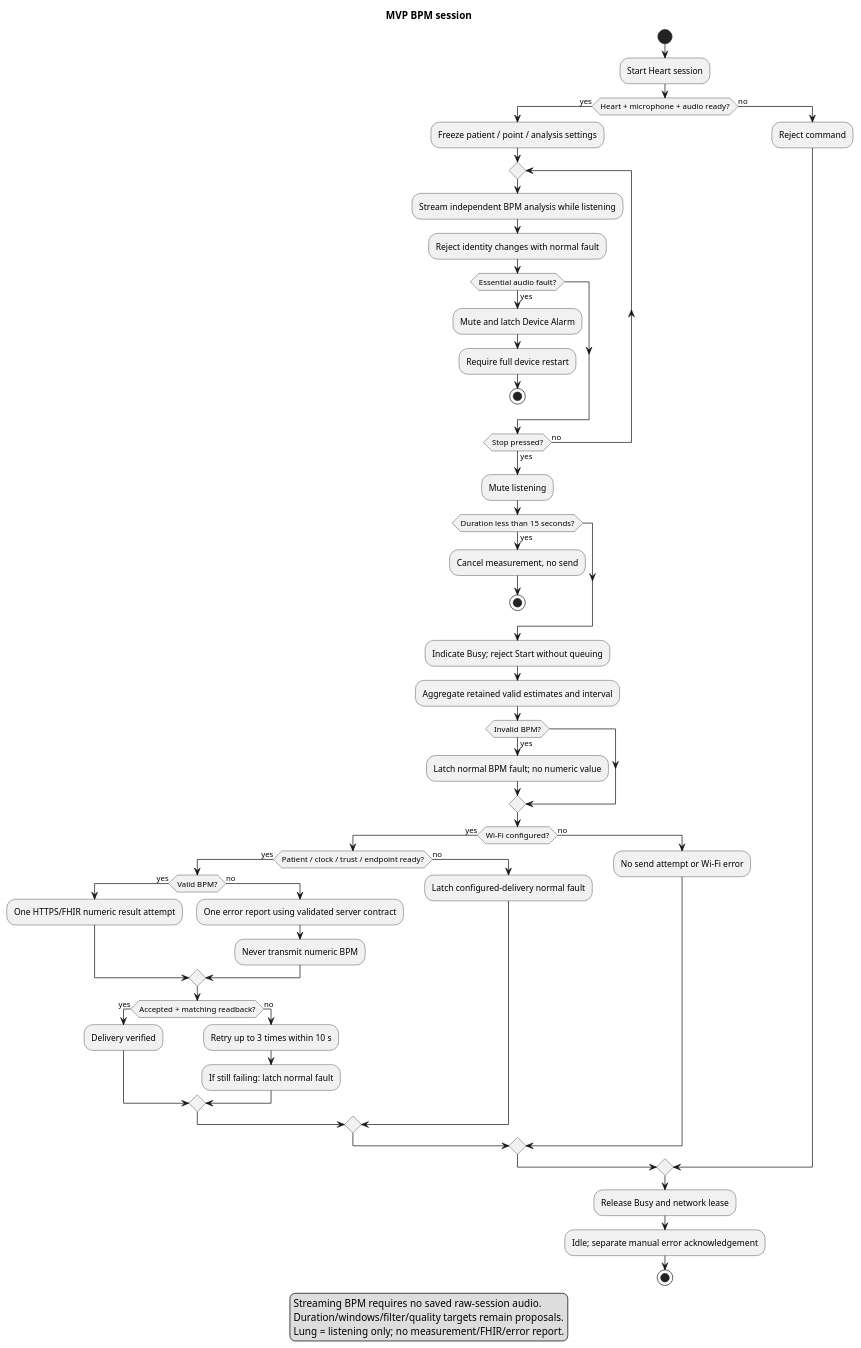
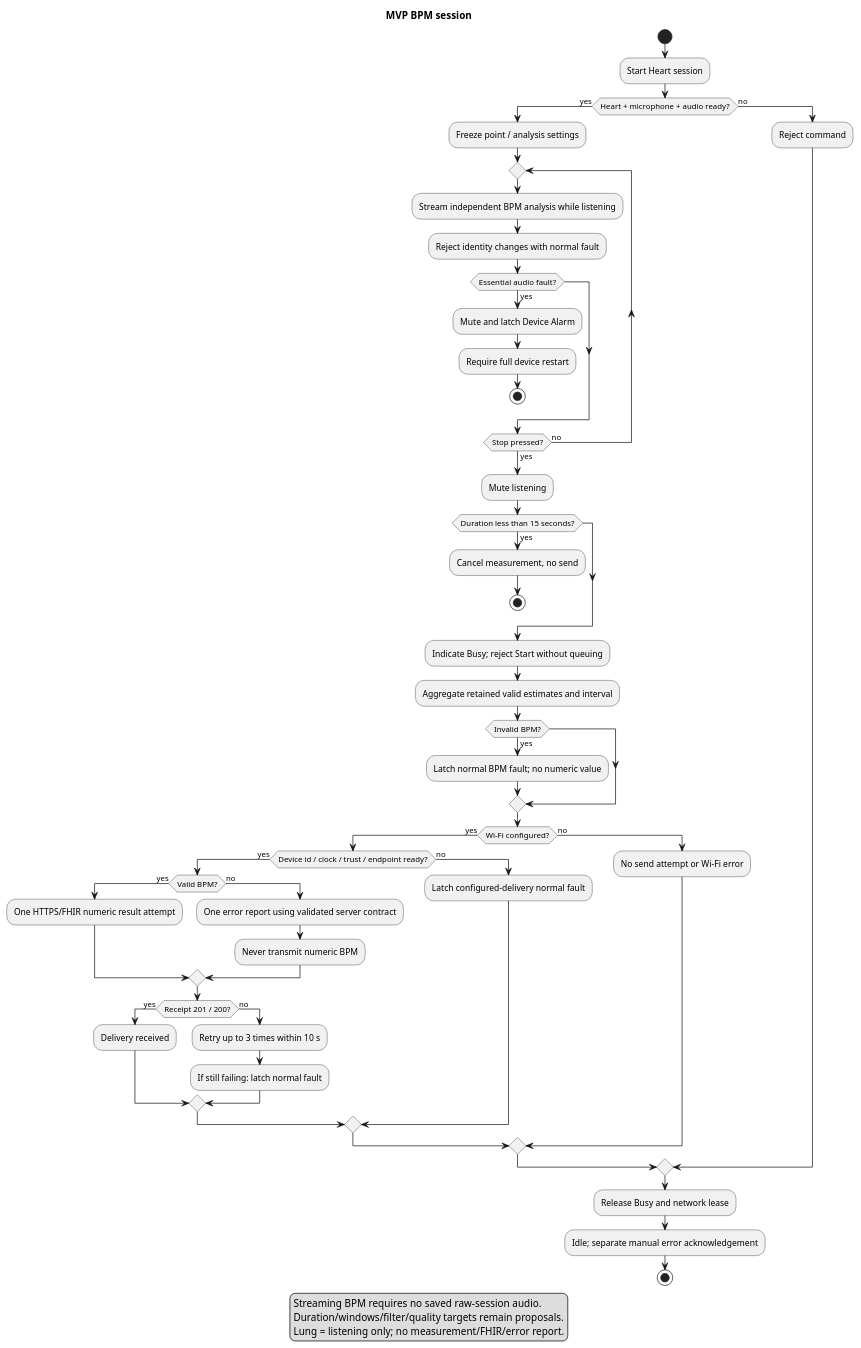
Before and after one commit to DemonicPsychoII/DigitalStethoscope: the diagram in Development/system/architecture/measurement-workflow.puml, drawn with PlantUML. The commit also changed 33 other files, not shown here.

```diff
--- a/Development/system/architecture/measurement-workflow.puml
+++ b/Development/system/architecture/measurement-workflow.puml
@@ -1,59 +1,59 @@
 @startuml measurement_workflow
 skinparam shadowing false
 skinparam defaultFontName SansSerif
 title MVP BPM session
 start
 :Start Heart session;
 if (Heart + microphone + audio ready?) then (yes)
- :Freeze patient / point / analysis settings;
+ :Freeze point / analysis settings;
  repeat
   :Stream independent BPM analysis while listening;
   :Reject identity changes with normal fault;
   if (Essential audio fault?) then (yes)
    :Mute and latch Device Alarm;
    :Require full device restart;
    stop
   endif
  repeat while (Stop pressed?) is (no) not (yes)
  :Mute listening;
  if (Duration less than 15 seconds?) then (yes)
   :Cancel measurement, no send;
   stop
  endif
  :Indicate Busy; reject Start without queuing;
  :Aggregate retained valid estimates and interval;
  if (Invalid BPM?) then (yes)
   :Latch normal BPM fault; no numeric value;
  endif
  if (Wi-Fi configured?) then (yes)
-  if (Patient / clock / trust / endpoint ready?) then (yes)
+  if (Device id / clock / trust / endpoint ready?) then (yes)
    if (Valid BPM?) then (yes)
     :One HTTPS/FHIR numeric result attempt;
    else (no)
     :One error report using validated server contract;
     :Never transmit numeric BPM;
    endif
-   if (Accepted + matching readback?) then (yes)
-    :Delivery verified;
+   if (Receipt 201 / 200?) then (yes)
+    :Delivery received;
    else (no)
     :Retry up to 3 times within 10 s;
     :If still failing: latch normal fault;
    endif
   else (no)
    :Latch configured-delivery normal fault;
   endif
  else (no)
   :No send attempt or Wi-Fi error;
  endif
 else (no)
  :Reject command;
 endif
 :Release Busy and network lease;
 :Idle; separate manual error acknowledgement;
 stop
 legend bottom
   Streaming BPM requires no saved raw-session audio.
   Duration/windows/filter/quality targets remain proposals.
   Lung = listening only; no measurement/FHIR/error report.
 endlegend
 @enduml
```
